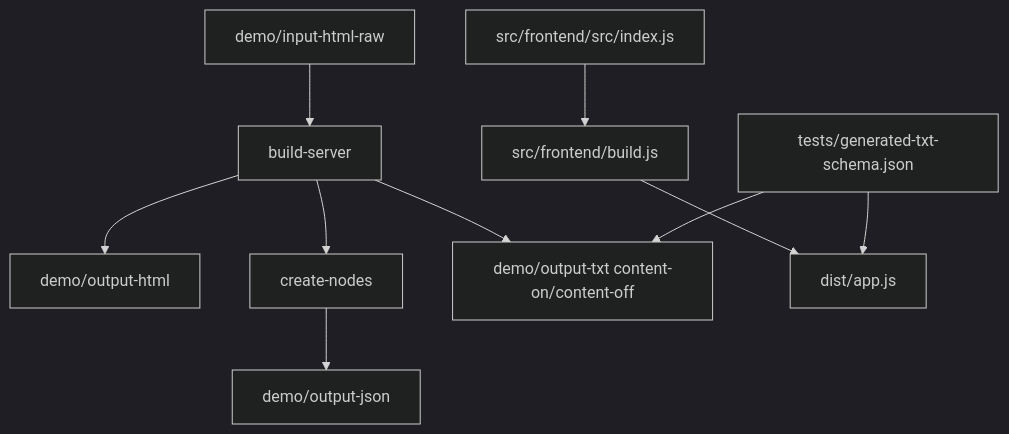
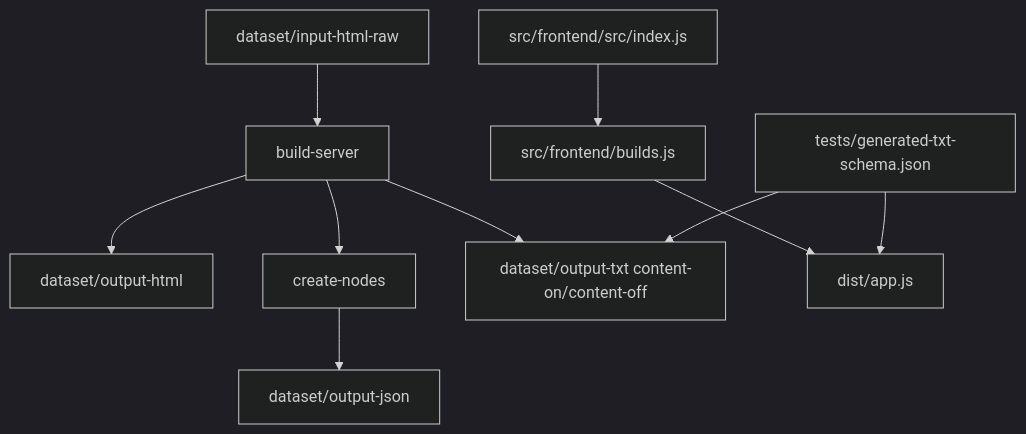
One commit to klipolis/fb-chat-export changed the diagram in docs/README.md. Above: the diagram before and after it, drawn with Mermaid (dark theme). The commit also changed other lines of this file and 88 other files, not shown here.

````diff
--- a/docs/README.md
+++ b/docs/README.md
@@ -7,12 +7,12 @@
 ```mermaid
 flowchart TD
-	A[demo/input-html-raw] --> B[build-server]
-	B --> C[demo/output-html]
+	A[dataset/input-html-raw] --> B[build-server]
+	B --> C[dataset/output-html]
 	B --> D[create-nodes]
-	D --> E[demo/output-json]
-	B --> F[demo/output-txt content-on/content-off]
-	G[src/frontend/src/index.js] --> H[src/frontend/build.js]
+	D --> E[dataset/output-json]
+	B --> F[dataset/output-txt content-on/content-off]
+	G[src/frontend/src/index.js] --> H[src/frontend/builds.js]
 	H --> I[dist/app.js]
 	J[tests/generated-txt-schema.json] --> F
 	J --> I
 ```
````
